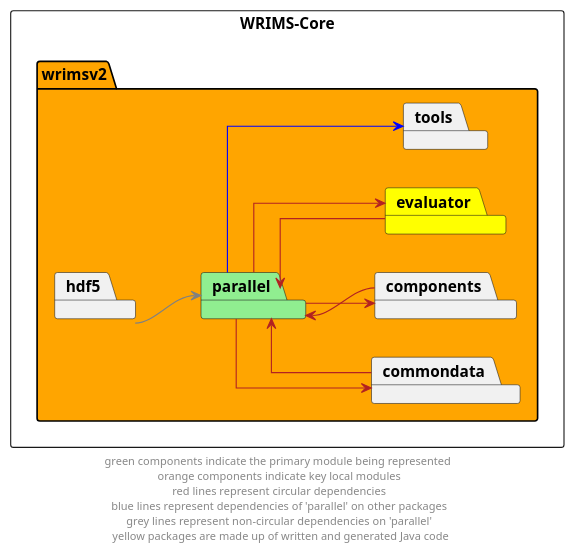
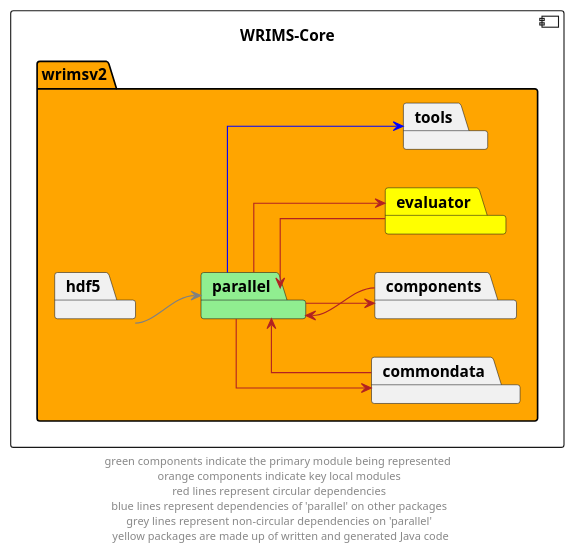
The diagram in docs/diagrams/wrims-core/wrims-core_parallel.puml (CentralValleyModeling/wrims), drawn with PlantUML before and after one commit. The commit also changed 8 other files, not shown here.

Commit message:
Changed rectangle to component

```diff
--- a/docs/diagrams/wrims-core/wrims-core_parallel.puml
+++ b/docs/diagrams/wrims-core/wrims-core_parallel.puml
@@ -1,30 +1,30 @@
 @startuml
 left to right direction
 skinparam linetype ortho
 
-rectangle wrims_core as "WRIMS-Core" {
+component wrims_core as "WRIMS-Core" {
     package wrimsv2 #orange {
         package parallel #lightgreen
         package commondata
         package components
         package evaluator #yellow
         package tools
         package hdf5
     }
 }
 
 parallel -->  evaluator #firebrick
 evaluator --> parallel #firebrick
 parallel -->  commondata #firebrick
 commondata --> parallel #firebrick
 parallel -->  components #firebrick
 components --> parallel #firebrick
 
 hdf5 --> parallel #grey
 parallel -->  tools #blue
 
 ' The following relationships are hidden and used to format the diagram. They do not represent actual dependencies.
 'debug -r[hidden]-> evaluator
 
 footer "green components indicate the primary module being represented \n orange components indicate key local modules \n red lines represent circular dependencies \n blue lines represent dependencies of 'parallel' on other packages \n grey lines represent non-circular dependencies on 'parallel' \n yellow packages are made up of written and generated Java code"
 @enduml
```
